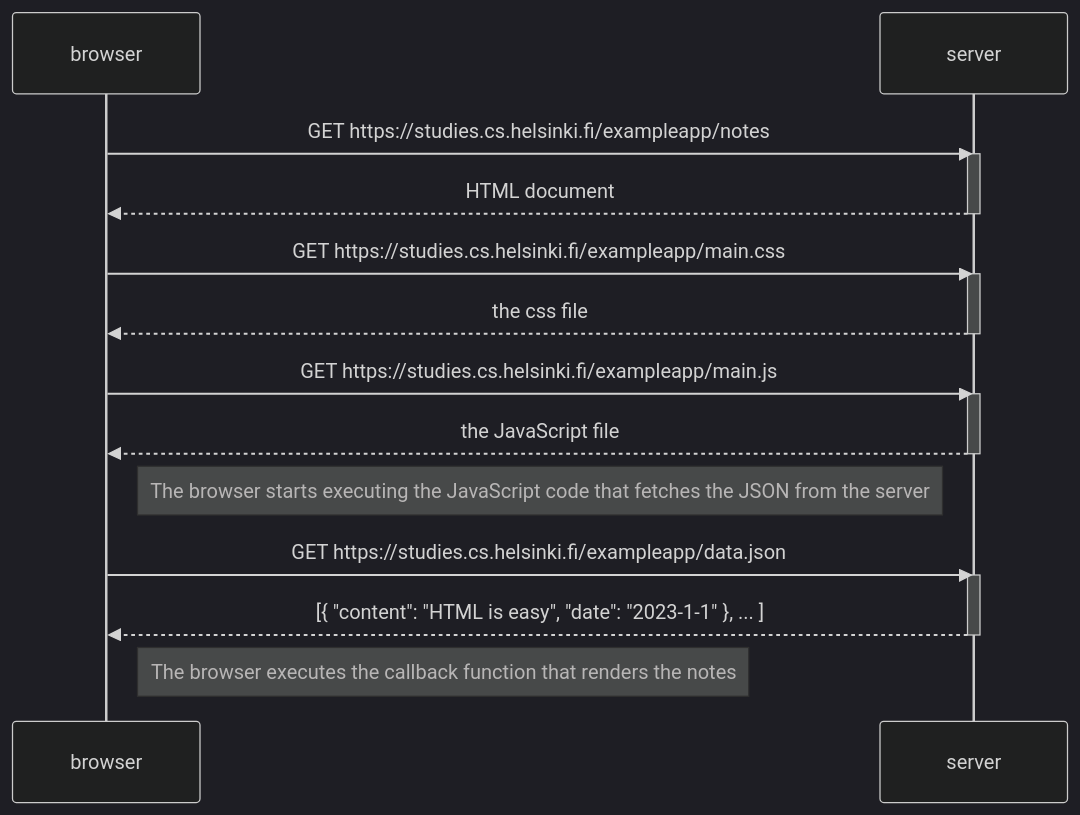
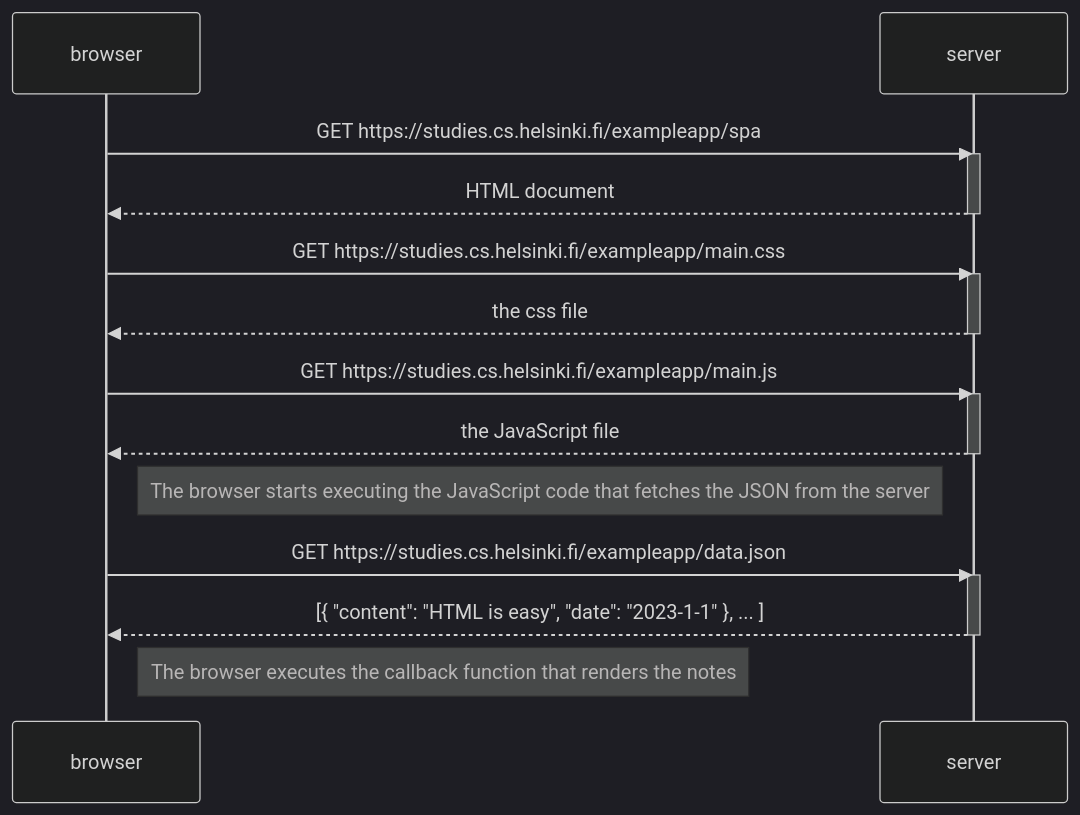
Before and after one commit to RedericoFocco/FullStackOpenCourse: the diagram in Part0/0.5.md, drawn with Mermaid (dark theme).

````diff
--- a/Part0/0.5.md
+++ b/Part0/0.5.md
@@ -2,21 +2,21 @@
 ```mermaid
 sequenceDiagram
-    browser->>server: GET https://studies.cs.helsinki.fi/exampleapp/notes
+    browser->>server: GET https://studies.cs.helsinki.fi/exampleapp/spa
     activate server
     server-->>browser: HTML document
     deactivate server
     browser->>server: GET https://studies.cs.helsinki.fi/exampleapp/main.css
     activate server
     server-->>browser: the css file
     deactivate server
     browser->>server: GET https://studies.cs.helsinki.fi/exampleapp/main.js
     activate server
     server-->>browser: the JavaScript file
     deactivate server
     Note right of browser: The browser starts executing the JavaScript code that fetches the JSON from the server
     browser->>server: GET https://studies.cs.helsinki.fi/exampleapp/data.json
     activate server
     server-->>browser: [{ "content": "HTML is easy", "date": "2023-1-1" }, ... ]
     deactivate server
     Note right of browser: The browser executes the callback function that renders the notes
 ```
````
